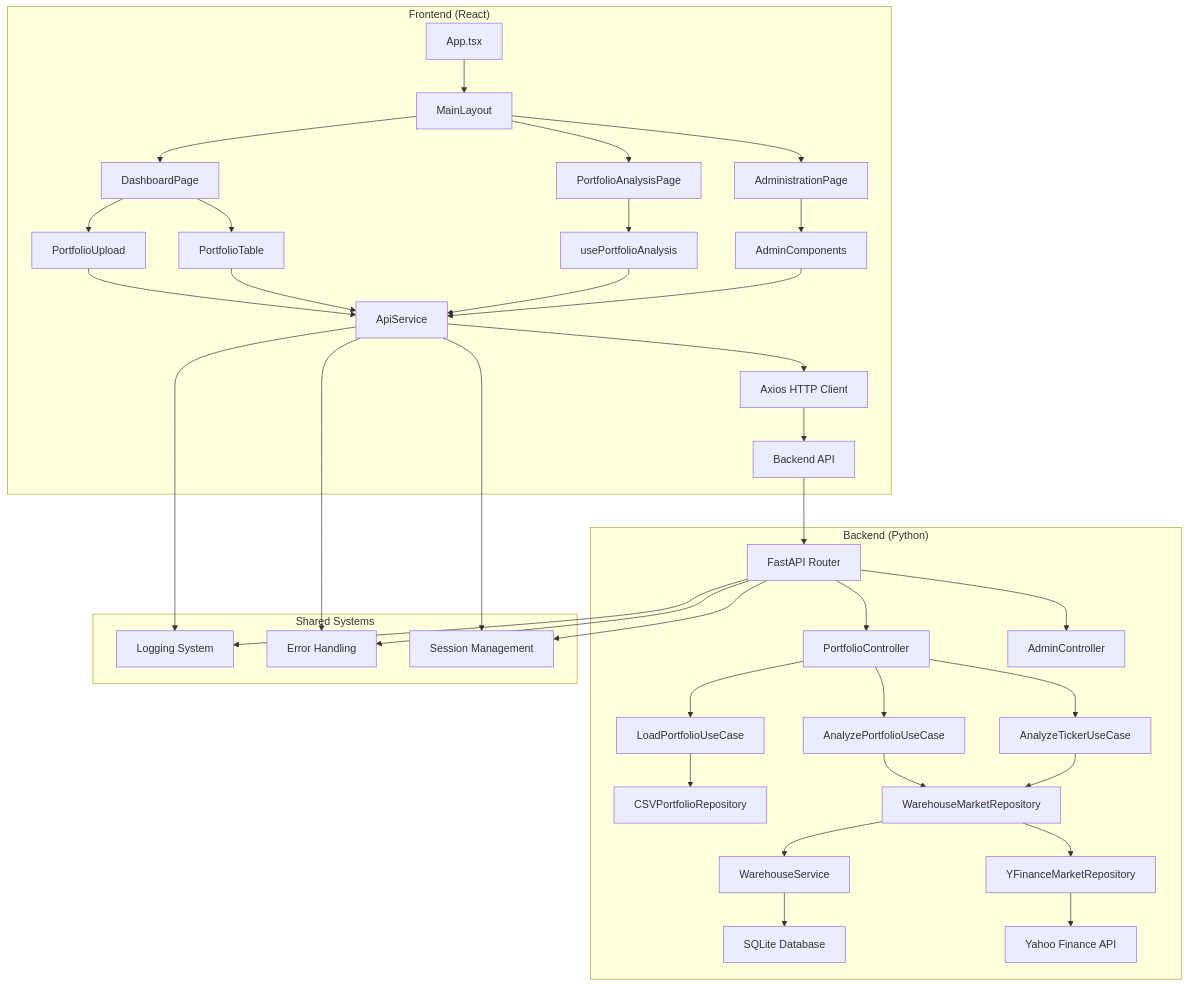
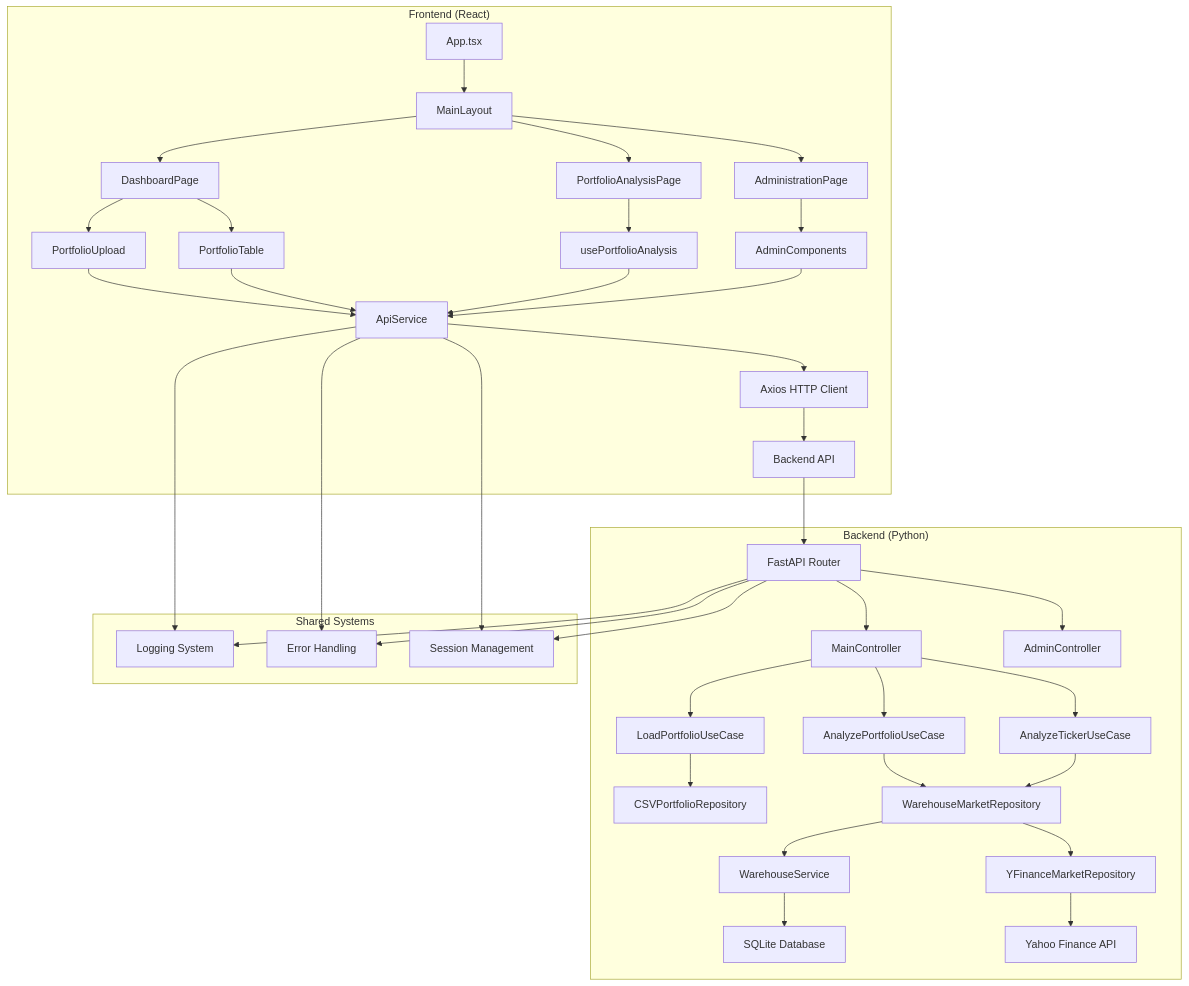
Before and after one commit to maxokhrimenko/omen.invest: the first of 7 diagrams in docs/BACKEND<>FRONTEND.md, drawn with Mermaid. The commit also changed 43 other files, not shown here.

````diff
--- a/docs/BACKEND<>FRONTEND.md
+++ b/docs/BACKEND<>FRONTEND.md
@@ -47,55 +47,55 @@
 ```mermaid
 graph TB
     subgraph "Frontend (React)"
         A[App.tsx] --> B[MainLayout]
         B --> C[DashboardPage]
         B --> D[PortfolioAnalysisPage]
         B --> E[AdministrationPage]
         
         C --> F[PortfolioUpload]
         C --> G[PortfolioTable]
         D --> H[usePortfolioAnalysis]
         E --> I[AdminComponents]
         
         F --> J[ApiService]
         G --> J
         H --> J
         I --> J
         
         J --> K[Axios HTTP Client]
         K --> L[Backend API]
     end
     
     subgraph "Backend (Python)"
         L --> M[FastAPI Router]
-        M --> N[PortfolioController]
+        M --> N[MainController]
         M --> O[AdminController]
         
         N --> P[LoadPortfolioUseCase]
         N --> Q[AnalyzePortfolioUseCase]
         N --> R[AnalyzeTickerUseCase]
         
         P --> S[CSVPortfolioRepository]
         Q --> T[WarehouseMarketRepository]
         R --> T
         
         T --> U[YFinanceMarketRepository]
         T --> V[WarehouseService]
         
         V --> W[SQLite Database]
         U --> X[Yahoo Finance API]
     end
     
     subgraph "Shared Systems"
         Y[Logging System]
         Z[Error Handling]
         AA[Session Management]
     end
     
     J --> Y
     M --> Y
     J --> Z
     M --> Z
     J --> AA
     M --> AA
 ```
````
